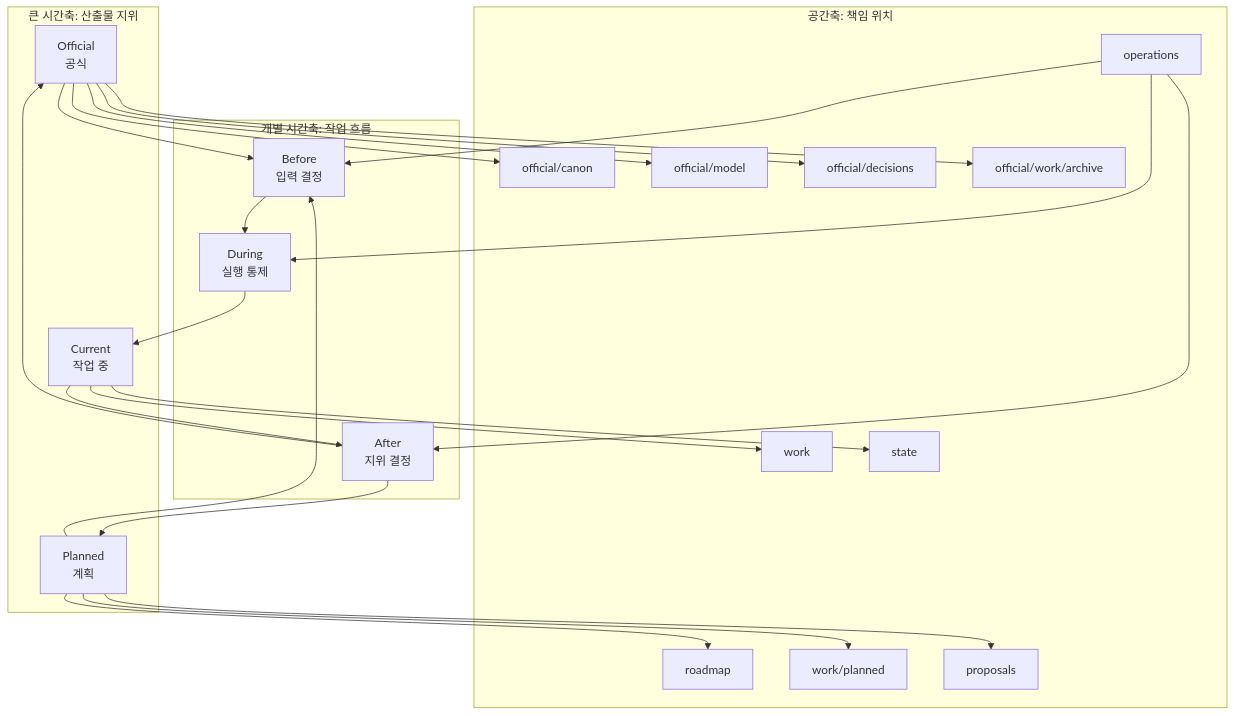
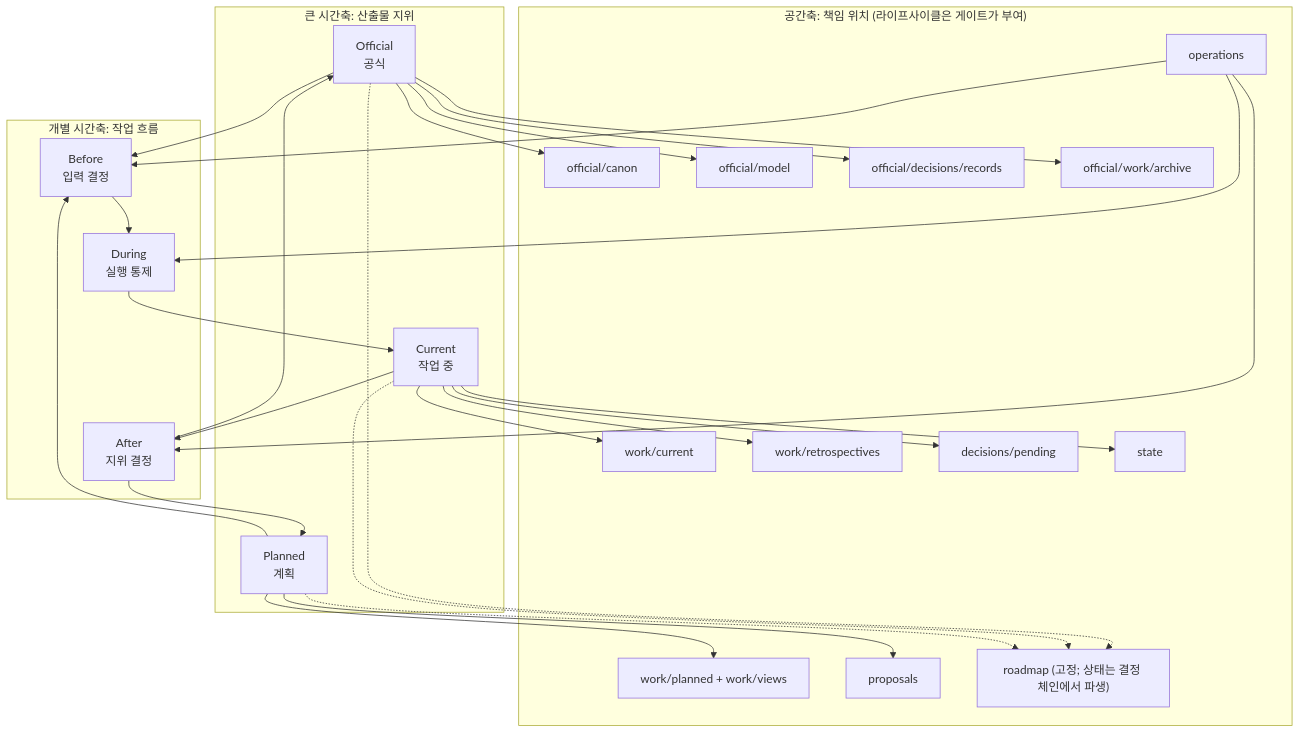
Before and after one commit to noory-code/noory-ai: the fifth of 16 diagrams in stage/docs/BLUEPRINT.md, drawn with Mermaid. The commit also changed other lines of this file and 2 other files, not shown here.

Commit message:
docs(stage): address codex cross-venue review of C9 (7 findings) (W-00000039)
Codex's counter-venue review of the C9 doc rewrite returned BLOCK with 7
accuracy findings, all accepted and fixed:
1. BLUEPRINT official decision path (decisions -> records, no doubled
   segment; section-5 node official/decisions/records).
2. BLUEPRINT section-4 work views split (current active/review vs planned
   views) and section-5 lifecycle mapping made zone-precise; roadmap
   shown as a fixed family whose lifecycle derives from its decision chain.
3. artifacts.md status values and locations now list planned states and
   rejected in both planned and current.
4. BLUEPRINT state-transition diagram adds the planned stages and the
   start_work planned->current move.
5. artifacts.md base structure no longer over-generalizes items/records;
   it defers to the registry's per-family record roots.
6. README migration paragraph rewritten to the fail-closed v3->v4
   stage-migrate transaction.
7. README marks DISCUSSION/IMPLEMENTATION_AUDIT as historical v3 records.

Authored by claude; reviewed by codex (cross-venue); fixes by claude.

````diff
--- a/stage/docs/BLUEPRINT.md
+++ b/stage/docs/BLUEPRINT.md
@@ -121,48 +121,54 @@
 ```mermaid
 flowchart TB
   subgraph Global["큰 시간축: 산출물 지위"]
     GOfficial["Official\n공식"]
     GCurrent["Current\n작업 중"]
     GPlanned["Planned\n계획"]
   end
 
   subgraph Local["개별 시간축: 작업 흐름"]
     LBefore["Before\n입력 결정"]
     LDuring["During\n실행 통제"]
     LAfter["After\n지위 결정"]
   end
 
-  subgraph Space["공간축: 책임 위치"]
+  subgraph Space["공간축: 책임 위치 (라이프사이클은 게이트가 부여)"]
     SCanon["official/canon"]
     SModel["official/model"]
-    SDecisions["official/decisions"]
+    SDecisions["official/decisions/records"]
     SArchive["official/work/archive"]
-    SWork["work"]
+    SCurrent["work/current"]
+    SRetro["work/retrospectives"]
+    SPending["decisions/pending"]
     SState["state"]
-    SRoadmap["roadmap"]
-    SPlanned["work/planned"]
+    SPlanned["work/planned + work/views"]
     SProposal["proposals"]
+    SRoadmap["roadmap (고정; 상태는 결정 체인에서 파생)"]
     SOps["operations"]
   end
 
   GOfficial --> LBefore
   GPlanned --> LBefore
   LBefore --> LDuring
   LDuring --> GCurrent
   GCurrent --> LAfter
   LAfter --> GOfficial
   LAfter --> GPlanned
 
   GOfficial --> SCanon
   GOfficial --> SModel
   GOfficial --> SDecisions
   GOfficial --> SArchive
-  GCurrent --> SWork
+  GCurrent --> SCurrent
+  GCurrent --> SRetro
+  GCurrent --> SPending
   GCurrent --> SState
-  GPlanned --> SRoadmap
   GPlanned --> SPlanned
   GPlanned --> SProposal
+  GOfficial -.-> SRoadmap
+  GCurrent -.-> SRoadmap
+  GPlanned -.-> SRoadmap
   SOps --> LBefore
   SOps --> LDuring
   SOps --> LAfter
 ```
````
